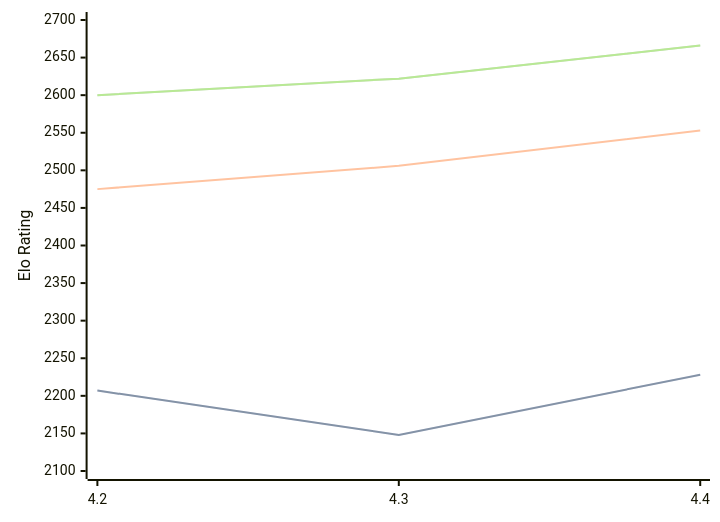
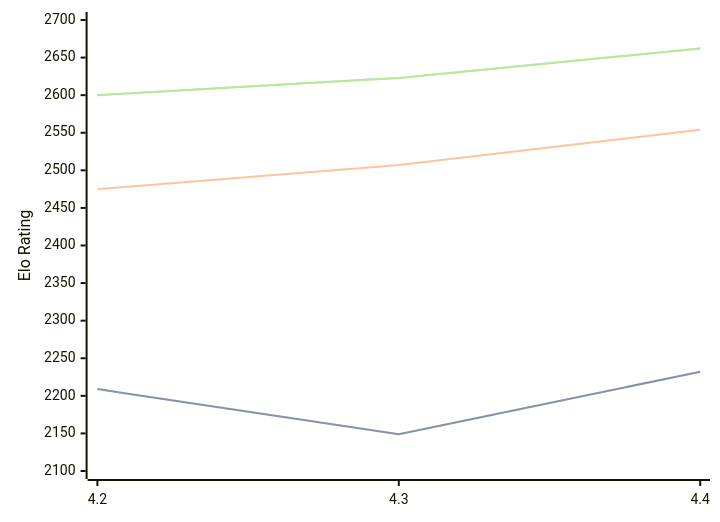
Before and after one commit to computer-chess-index/cci: the diagram in engines/Eubos.md, drawn with Mermaid. The commit also changed other lines of this file, not shown here.

Commit message:
Update CCI Ratings (ELO VLTC) - 2026-05-17

````diff
--- a/engines/Eubos.md
+++ b/engines/Eubos.md
@@ -89,11 +89,11 @@
 ```mermaid
 %%{init: {"theme":"base","themeVariables":{"seriesColors:['#a3a3a3','#222221','#faa371']}}}%%
 xychart-beta
   x-axis ["4.2", "4.3", "4.4"]
   y-axis "Elo Rating" 2100 --> 2700
-  line "STC (8.0+0.08s)" [2207, 2148, 2228]
-  line "STC (8.0+0.08s)" [2207, 2148, 2228]
-  line "LTC (60.0+0.60s)" [2475, 2506, 2553]
-  line "VLTC (2m24s+1.12s)" [2600, 2622, 2666]
-  line "VLTC (2m24s+1.12s)" [2600, 2622, 2666]
+  line "STC (8.0+0.08s)" [2209, 2149, 2232]
+  line "STC (8.0+0.08s)" [2209, 2149, 2232]
+  line "LTC (60.0+0.60s)" [2475, 2507, 2554]
+  line "VLTC (2m24s+1.12s)" [2600, 2623, 2662]
+  line "VLTC (2m24s+1.12s)" [2600, 2623, 2662]
 ```
````
